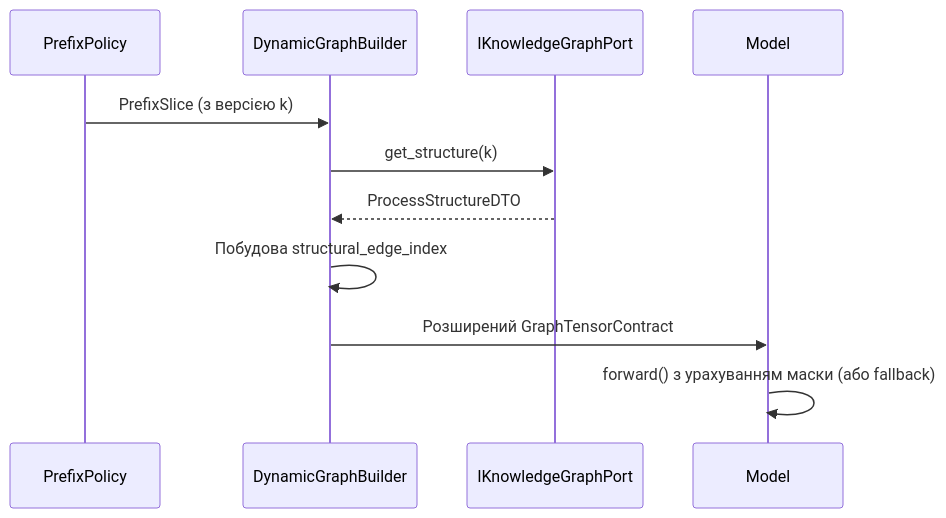
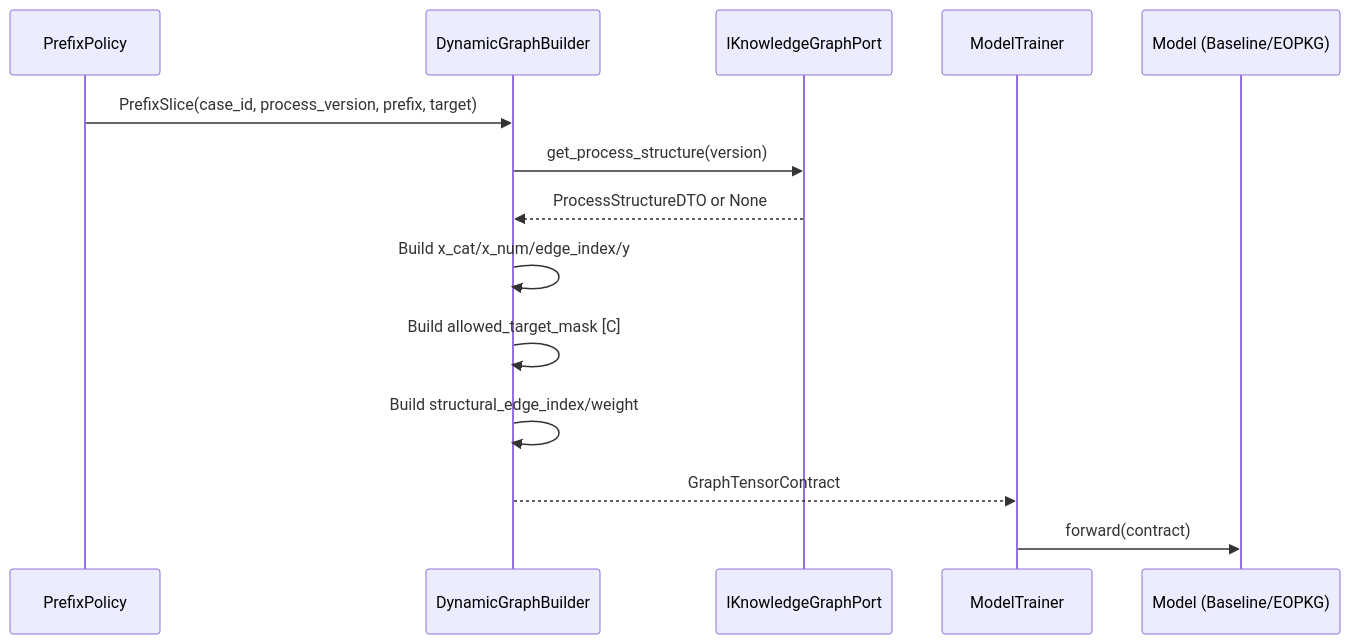
The fourth of 5 diagrams in docs/DATA_FLOWS_MVP2.MD (ghsrg/bpm_prediction), drawn with Mermaid before and after one commit. The commit also changed other lines of this file and 4 other files, not shown here.

````diff
--- a/docs/DATA_FLOWS_MVP2.MD
+++ b/docs/DATA_FLOWS_MVP2.MD
@@ -109,14 +101,17 @@
 ```mermaid
 sequenceDiagram
-    participant PrefixPolicy
-    participant DynamicGraphBuilder
-    participant IKnowledgeGraphPort
-    participant Model
-    
-    PrefixPolicy->>DynamicGraphBuilder: PrefixSlice (з версією k)
-    DynamicGraphBuilder->>IKnowledgeGraphPort: get_structure(k)
-    IKnowledgeGraphPort-->>DynamicGraphBuilder: ProcessStructureDTO
-    DynamicGraphBuilder->>DynamicGraphBuilder: Побудова structural_edge_index
-    DynamicGraphBuilder->>Model: Розширений GraphTensorContract
-    Model->>Model: forward() з урахуванням маски (або fallback)
+    participant PP as PrefixPolicy
+    participant DGB as DynamicGraphBuilder
+    participant KG as IKnowledgeGraphPort
+    participant TR as ModelTrainer
+    participant M as Model (Baseline/EOPKG)
+
+    PP->>DGB: PrefixSlice(case_id, process_version, prefix, target)
+    DGB->>KG: get_process_structure(version)
+    KG-->>DGB: ProcessStructureDTO or None
+    DGB->>DGB: Build x_cat/x_num/edge_index/y
+    DGB->>DGB: Build allowed_target_mask [C]
+    DGB->>DGB: Build structural_edge_index/weight
+    DGB-->>TR: GraphTensorContract
+    TR->>M: forward(contract)
 ```
````
